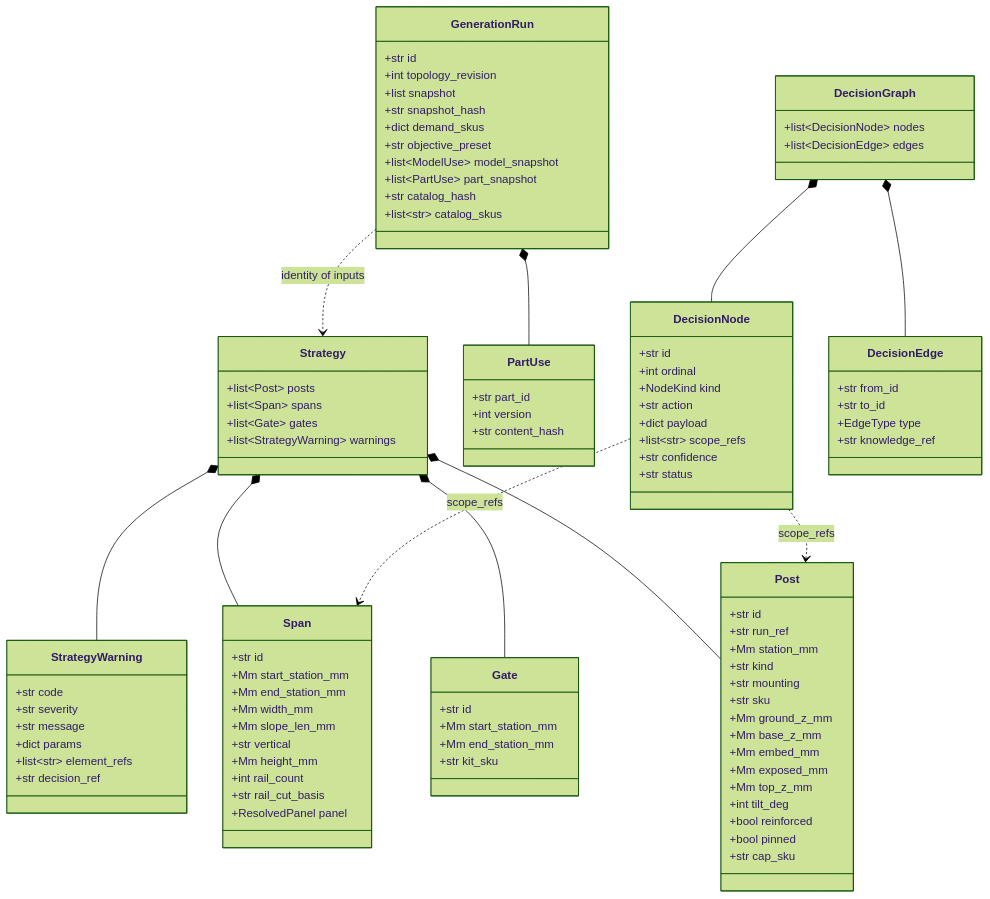
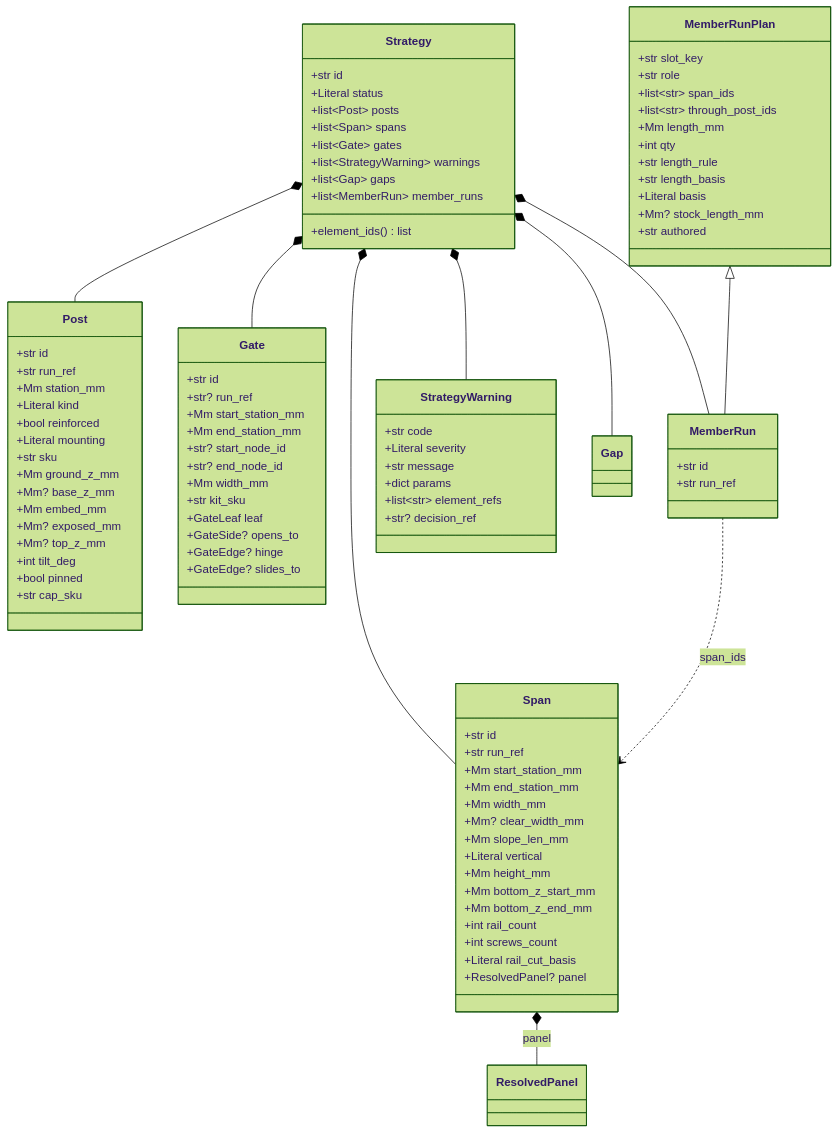
One commit to spicysauce1955-stack/BOM changed diagram 12 of 27 in docs/architecture/02-entities.md. Above: the diagram before and after it, drawn with Mermaid (forest theme). The commit also changed other lines of this file and 14 other files, not shown here.

````diff
--- a/docs/architecture/02-entities.md
+++ b/docs/architecture/02-entities.md
@@ -572,100 +1518,97 @@
 ```mermaid
 classDiagram
     class Strategy {
+        +str id
+        +Literal status
         +list~Post~ posts
         +list~Span~ spans
         +list~Gate~ gates
         +list~StrategyWarning~ warnings
+        +list~Gap~ gaps
+        +list~MemberRun~ member_runs
+        +element_ids() list
     }
     class Post {
         +str id
         +str run_ref
         +Mm station_mm
-        +str kind
-        +str mounting
+        +Literal kind
+        +bool reinforced
+        +Literal mounting
         +str sku
         +Mm ground_z_mm
-        +Mm base_z_mm
+        +Mm? base_z_mm
         +Mm embed_mm
-        +Mm exposed_mm
-        +Mm top_z_mm
+        +Mm? exposed_mm
+        +Mm? top_z_mm
         +int tilt_deg
-        +bool reinforced
         +bool pinned
         +str cap_sku
     }
     class Span {
         +str id
+        +str run_ref
         +Mm start_station_mm
         +Mm end_station_mm
         +Mm width_mm
+        +Mm? clear_width_mm
         +Mm slope_len_mm
-        +str vertical
+        +Literal vertical
         +Mm height_mm
+        +Mm bottom_z_start_mm
+        +Mm bottom_z_end_mm
         +int rail_count
-        +str rail_cut_basis
-        +ResolvedPanel panel
+        +int screws_count
+        +Literal rail_cut_basis
+        +ResolvedPanel? panel
     }
     class Gate {
         +str id
+        +str? run_ref
         +Mm start_station_mm
         +Mm end_station_mm
+        +str? start_node_id
+        +str? end_node_id
+        +Mm width_mm
         +str kit_sku
+        +GateLeaf leaf
+        +GateSide? opens_to
+        +GateEdge? hinge
+        +GateEdge? slides_to
+    }
+    class MemberRunPlan {
+        +str slot_key
+        +str role
+        +list~str~ span_ids
+        +list~str~ through_post_ids
+        +Mm length_mm
+        +int qty
+        +str length_rule
+        +str length_basis
+        +Literal basis
+        +Mm? stock_length_mm
+        +str authored
+    }
+    class MemberRun {
+        +str id
+        +str run_ref
     }
     class StrategyWarning {
         +str code
-        +str severity
+        +Literal severity
         +str message
         +dict params
         +list~str~ element_refs
-        +str decision_ref
-    }
-    class GenerationRun {
-        +str id
-        +int topology_revision
-        +list snapshot
-        +str snapshot_hash
-        +dict demand_skus
-        +str objective_preset
-        +list~ModelUse~ model_snapshot
-        +list~PartUse~ part_snapshot
-        +str catalog_hash
-        +list~str~ catalog_skus
-    }
-    class PartUse {
-        +str part_id
-        +int version
-        +str content_hash
-    }
-    class DecisionGraph {
-        +list~DecisionNode~ nodes
-        +list~DecisionEdge~ edges
-    }
-    class DecisionNode {
-        +str id
-        +int ordinal
-        +NodeKind kind
-        +str action
-        +dict payload
-        +list~str~ scope_refs
-        +str confidence
-        +str status
-    }
-    class DecisionEdge {
-        +str from_id
-        +str to_id
-        +EdgeType type
-        +str knowledge_ref
+        +str? decision_ref
     }
 
     Strategy *-- Post
     Strategy *-- Span
     Strategy *-- Gate
+    Strategy *-- MemberRun
     Strategy *-- StrategyWarning
-    DecisionGraph *-- DecisionNode
-    DecisionGraph *-- DecisionEdge
-    DecisionNode ..> Post : scope_refs
-    DecisionNode ..> Span : scope_refs
-    GenerationRun *-- PartUse
-    GenerationRun ..> Strategy : identity of inputs
+    Strategy *-- Gap
+    MemberRunPlan <|-- MemberRun
+    Span *-- ResolvedPanel : panel
+    MemberRun ..> Span : span_ids
 ```
````
